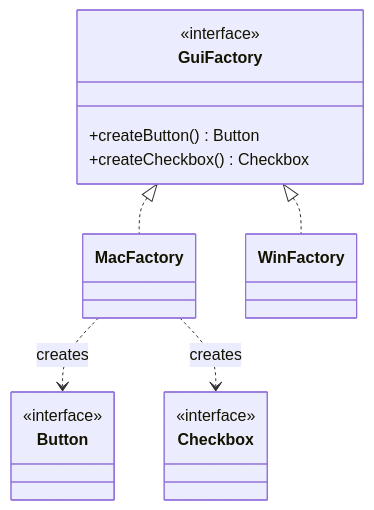
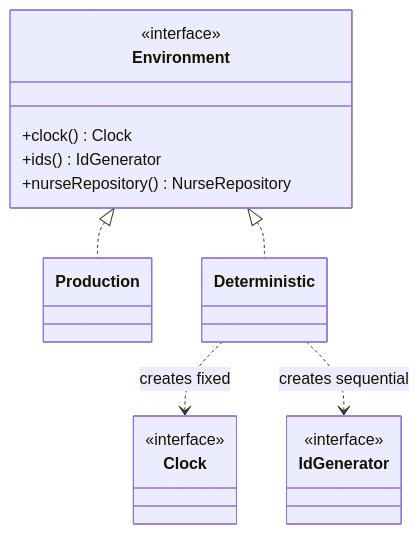
Before and after one commit to battlerhythm/battlerhythm.github.io: the diagram in _design_patterns/m2-abstract-factory.md, drawn with Mermaid. The commit also changed other lines of this file and 1 other file, not shown here.

First line of the commit message:
Session 4: complete Factory Method and Abstract Factory

````diff
--- a/_design_patterns/m2-abstract-factory.md
+++ b/_design_patterns/m2-abstract-factory.md
@@ -31,20 +52,21 @@
 ```mermaid
 classDiagram
-    class GuiFactory {
+    class Environment {
         <<interface>>
-        +createButton() Button
-        +createCheckbox() Checkbox
+        +clock() Clock
+        +ids() IdGenerator
+        +nurseRepository() NurseRepository
     }
-    class MacFactory
-    class WinFactory
-    class Button {
+    class Production
+    class Deterministic
+    class Clock {
         <<interface>>
     }
-    class Checkbox {
+    class IdGenerator {
         <<interface>>
     }
-    GuiFactory <|.. MacFactory
-    GuiFactory <|.. WinFactory
-    MacFactory ..> Button : creates
-    MacFactory ..> Checkbox : creates
+    Environment <|.. Production
+    Environment <|.. Deterministic
+    Deterministic ..> Clock : creates fixed
+    Deterministic ..> IdGenerator : creates sequential
 ```
````
